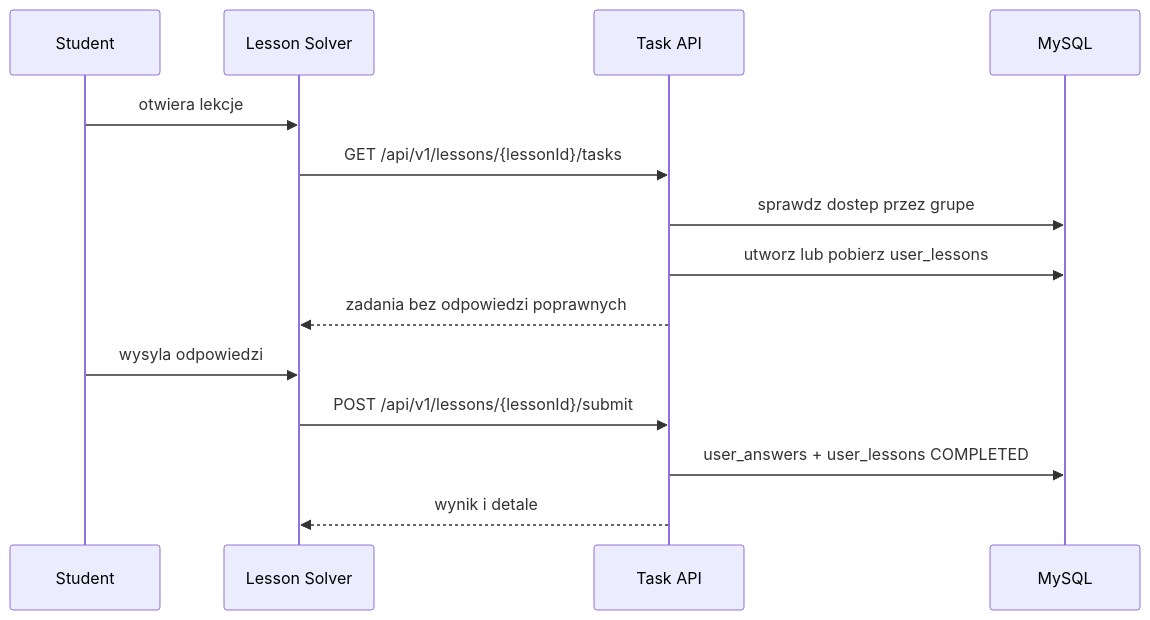
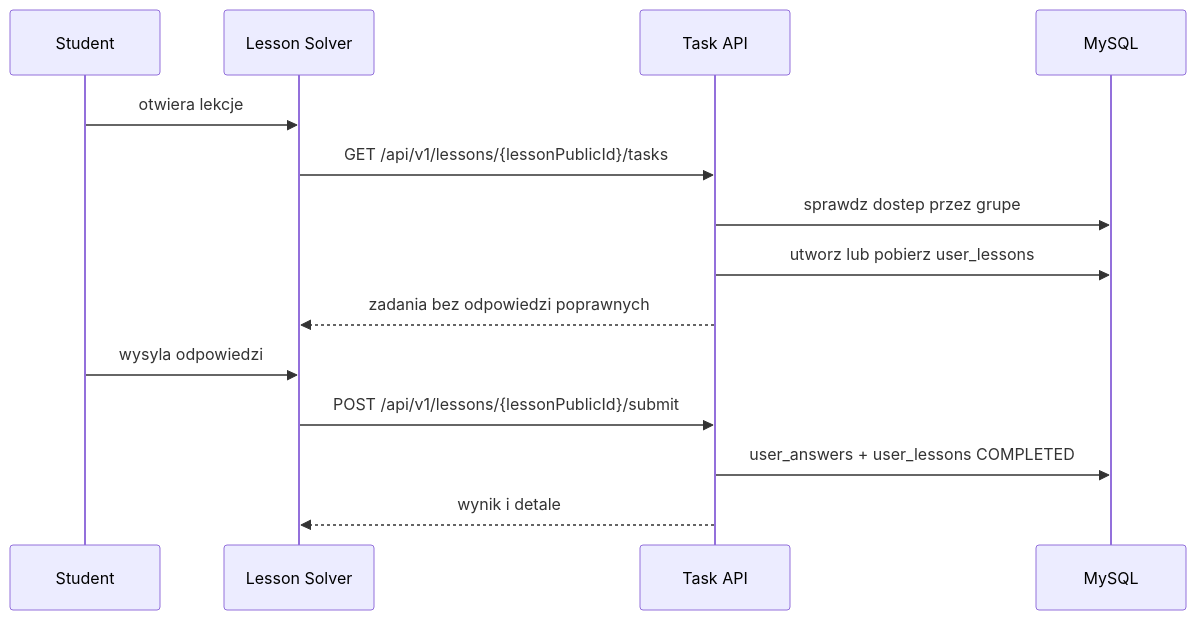
Before and after one commit to Free-edu-org/E-Learning: the diagram in docs/obsidian/Przeplyw - student rozwiazuje lekcje.md, drawn with Mermaid. The commit also changed 31 other files, not shown here.

Commit message:
Migrate `TaskSectionGroup` component and related functionality to `publicId`. Remove unused `getUserById` function from `userService`. Update APIs, tests, and documentation to reflect `publicId` changes.

````diff
--- a/docs/obsidian/Przeplyw - student rozwiazuje lekcje.md
+++ b/docs/obsidian/Przeplyw - student rozwiazuje lekcje.md
@@ -3,16 +3,16 @@
 ```mermaid
 sequenceDiagram
   participant S as Student
   participant F as Lesson Solver
   participant API as Task API
   participant DB as MySQL
   S->>F: otwiera lekcje
-  F->>API: GET /api/v1/lessons/{lessonId}/tasks
+  F->>API: GET /api/v1/lessons/{lessonPublicId}/tasks
   API->>DB: sprawdz dostep przez grupe
   API->>DB: utworz lub pobierz user_lessons
   API-->>F: zadania bez odpowiedzi poprawnych
   S->>F: wysyla odpowiedzi
-  F->>API: POST /api/v1/lessons/{lessonId}/submit
+  F->>API: POST /api/v1/lessons/{lessonPublicId}/submit
   API->>DB: user_answers + user_lessons COMPLETED
   API-->>F: wynik i detale
 ```
````
